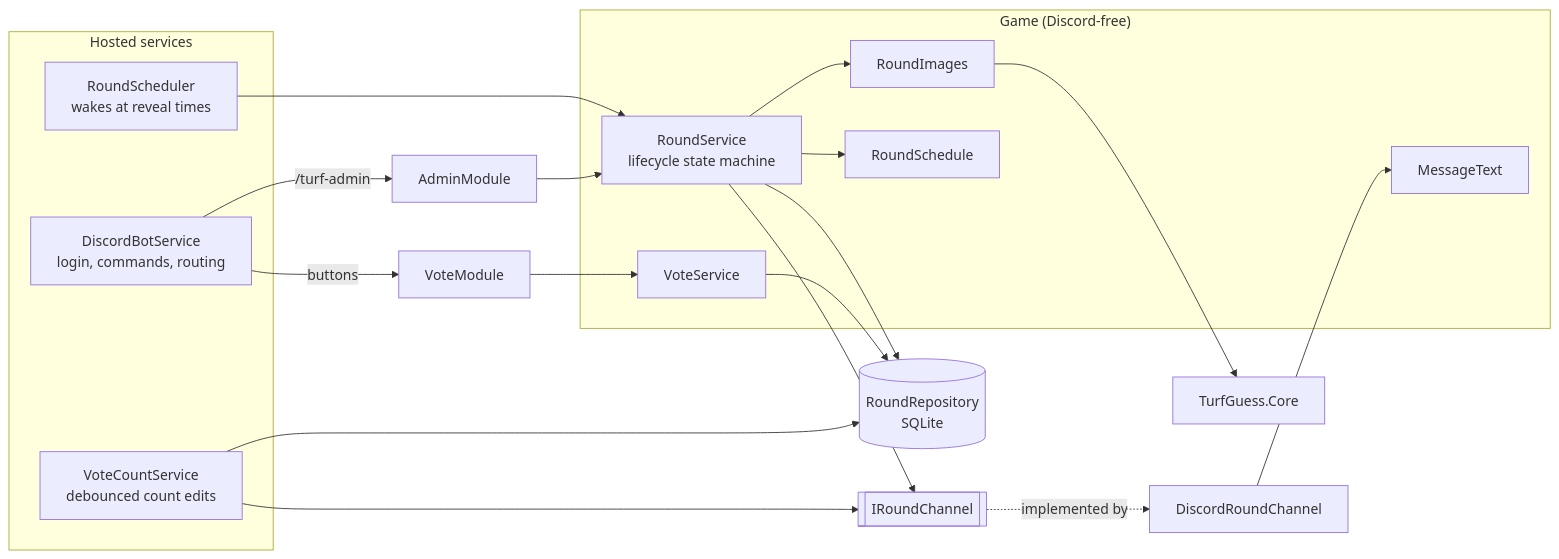
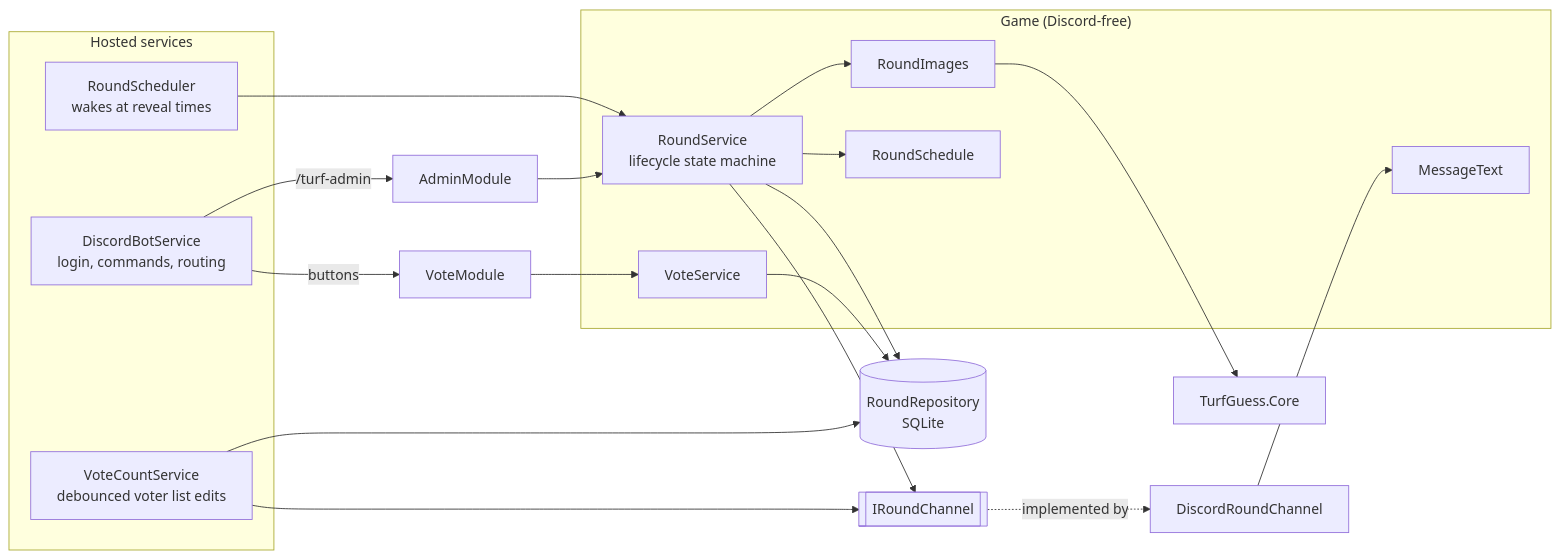
The third of 3 diagrams in docs/DEVELOPER_GUIDE.md (Superachi/TurfGuess), drawn with Mermaid before and after one commit. The commit also changed other lines of this file and 15 other files, not shown here.

````diff
--- a/docs/DEVELOPER_GUIDE.md
+++ b/docs/DEVELOPER_GUIDE.md
@@ -225,28 +225,28 @@
 ```mermaid
 flowchart LR
     subgraph Hosted["Hosted services"]
         DBS[DiscordBotService<br/>login, commands, routing]
         SCH[RoundScheduler<br/>wakes at reveal times]
-        VCS[VoteCountService<br/>debounced count edits]
+        VCS[VoteCountService<br/>debounced voter list edits]
     end
     subgraph Game["Game (Discord-free)"]
         RS[RoundService<br/>lifecycle state machine]
         VS[VoteService]
         RI[RoundImages]
         MT[MessageText]
         SCHED[RoundSchedule]
     end
     REPO[(RoundRepository<br/>SQLite)]
     CH[[IRoundChannel]]
     DRC[DiscordRoundChannel]
 
     SCH --> RS
     RS --> SCHED & RI & REPO & CH
     VS --> REPO
     VCS --> REPO & CH
     CH -.implemented by.-> DRC
     DRC --> MT
     DBS -->|buttons| VM[VoteModule] --> VS
     DBS -->|/turf-admin| AM[AdminModule] --> RS
     RI --> CORE[TurfGuess.Core]
 ```
````
